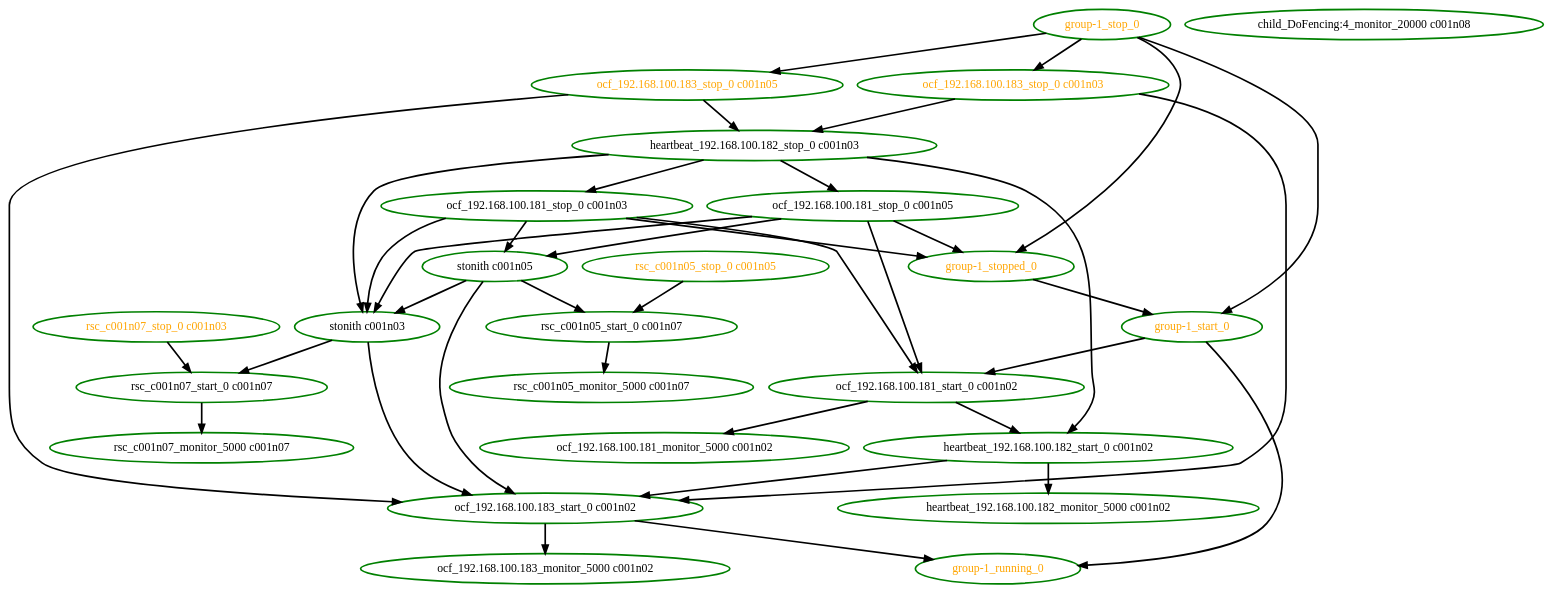
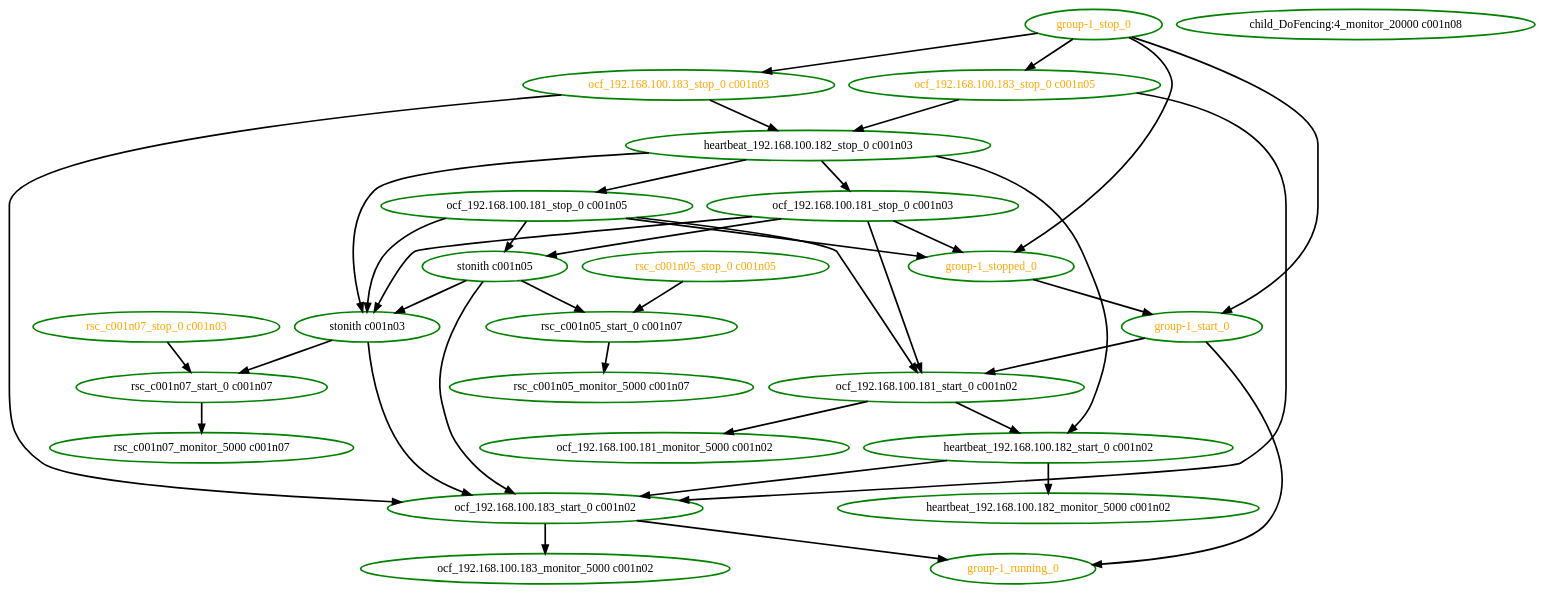
The diagram in crm/pengine/testcases/stonith-0.dot (richiewen8/heartbeat), drawn with Graphviz before and after one commit. The commit also changed other lines of this file and 46 other files, not shown here.

```diff
--- a/crm/pengine/testcases/stonith-0.dot
+++ b/crm/pengine/testcases/stonith-0.dot
@@ -1,65 +1,65 @@
 digraph "g" {
 	size = "30,30"
 "ocf_192.168.100.183_stop_0 c001n03" [ style=bold color="green" fontcolor="orange" ]
 "rsc_c001n07_stop_0 c001n03" [ style=bold color="green" fontcolor="orange" ]
 "ocf_192.168.100.183_stop_0 c001n05" [ style=bold color="green" fontcolor="orange" ]
 "rsc_c001n05_stop_0 c001n05" [ style=bold color="green" fontcolor="orange" ]
+"ocf_192.168.100.183_start_0 c001n02" [ style=bold color="green" fontcolor="black" ]
+"ocf_192.168.100.183_monitor_5000 c001n02" [ style=bold color="green" fontcolor="black" ]
+"heartbeat_192.168.100.182_stop_0 c001n03" [ style=bold color="green" fontcolor="black" ]
+"heartbeat_192.168.100.182_start_0 c001n02" [ style=bold color="green" fontcolor="black" ]
+"heartbeat_192.168.100.182_monitor_5000 c001n02" [ style=bold color="green" fontcolor="black" ]
 "ocf_192.168.100.181_stop_0 c001n03" [ style=bold color="green" fontcolor="black" ]
 "ocf_192.168.100.181_stop_0 c001n05" [ style=bold color="green" fontcolor="black" ]
 "ocf_192.168.100.181_start_0 c001n02" [ style=bold color="green" fontcolor="black" ]
 "ocf_192.168.100.181_monitor_5000 c001n02" [ style=bold color="green" fontcolor="black" ]
-"heartbeat_192.168.100.182_stop_0 c001n03" [ style=bold color="green" fontcolor="black" ]
-"heartbeat_192.168.100.182_start_0 c001n02" [ style=bold color="green" fontcolor="black" ]
-"heartbeat_192.168.100.182_monitor_5000 c001n02" [ style=bold color="green" fontcolor="black" ]
-"ocf_192.168.100.183_start_0 c001n02" [ style=bold color="green" fontcolor="black" ]
-"ocf_192.168.100.183_monitor_5000 c001n02" [ style=bold color="green" fontcolor="black" ]
 "group-1_start_0" [ style=bold color="green" fontcolor="orange" ]
 "group-1_running_0" [ style=bold color="green" fontcolor="orange" ]
 "group-1_stop_0" [ style=bold color="green" fontcolor="orange" ]
 "group-1_stopped_0" [ style=bold color="green" fontcolor="orange" ]
 "rsc_c001n05_start_0 c001n07" [ style=bold color="green" fontcolor="black" ]
 "rsc_c001n05_monitor_5000 c001n07" [ style=bold color="green" fontcolor="black" ]
 "rsc_c001n07_start_0 c001n07" [ style=bold color="green" fontcolor="black" ]
 "rsc_c001n07_monitor_5000 c001n07" [ style=bold color="green" fontcolor="black" ]
 "child_DoFencing:4_monitor_20000 c001n08" [ style=bold color="green" fontcolor="black" ]
 "stonith c001n03" [ style=bold color="green" fontcolor="black" ]
 "stonith c001n05" [ style=bold color="green" fontcolor="black" ]
 "group-1_stop_0" -> "ocf_192.168.100.183_stop_0 c001n03" [ style = bold]
 "group-1_stop_0" -> "ocf_192.168.100.183_stop_0 c001n05" [ style = bold]
+"ocf_192.168.100.183_stop_0 c001n03" -> "ocf_192.168.100.183_start_0 c001n02" [ style = bold]
+"ocf_192.168.100.183_stop_0 c001n05" -> "ocf_192.168.100.183_start_0 c001n02" [ style = bold]
+"heartbeat_192.168.100.182_start_0 c001n02" -> "ocf_192.168.100.183_start_0 c001n02" [ style = bold]
+"stonith c001n03" -> "ocf_192.168.100.183_start_0 c001n02" [ style = bold]
+"stonith c001n05" -> "ocf_192.168.100.183_start_0 c001n02" [ style = bold]
+"ocf_192.168.100.183_start_0 c001n02" -> "ocf_192.168.100.183_monitor_5000 c001n02" [ style = bold]
+"ocf_192.168.100.183_stop_0 c001n03" -> "heartbeat_192.168.100.182_stop_0 c001n03" [ style = bold]
+"ocf_192.168.100.183_stop_0 c001n05" -> "heartbeat_192.168.100.182_stop_0 c001n03" [ style = bold]
+"heartbeat_192.168.100.182_stop_0 c001n03" -> "heartbeat_192.168.100.182_start_0 c001n02" [ style = bold]
+"ocf_192.168.100.181_start_0 c001n02" -> "heartbeat_192.168.100.182_start_0 c001n02" [ style = bold]
+"heartbeat_192.168.100.182_start_0 c001n02" -> "heartbeat_192.168.100.182_monitor_5000 c001n02" [ style = bold]
 "heartbeat_192.168.100.182_stop_0 c001n03" -> "ocf_192.168.100.181_stop_0 c001n03" [ style = bold]
 "heartbeat_192.168.100.182_stop_0 c001n03" -> "ocf_192.168.100.181_stop_0 c001n05" [ style = bold]
 "ocf_192.168.100.181_stop_0 c001n03" -> "ocf_192.168.100.181_start_0 c001n02" [ style = bold]
 "ocf_192.168.100.181_stop_0 c001n05" -> "ocf_192.168.100.181_start_0 c001n02" [ style = bold]
 "group-1_start_0" -> "ocf_192.168.100.181_start_0 c001n02" [ style = bold]
 "ocf_192.168.100.181_start_0 c001n02" -> "ocf_192.168.100.181_monitor_5000 c001n02" [ style = bold]
-"ocf_192.168.100.183_stop_0 c001n03" -> "heartbeat_192.168.100.182_stop_0 c001n03" [ style = bold]
-"ocf_192.168.100.183_stop_0 c001n05" -> "heartbeat_192.168.100.182_stop_0 c001n03" [ style = bold]
-"ocf_192.168.100.181_start_0 c001n02" -> "heartbeat_192.168.100.182_start_0 c001n02" [ style = bold]
-"heartbeat_192.168.100.182_stop_0 c001n03" -> "heartbeat_192.168.100.182_start_0 c001n02" [ style = bold]
-"heartbeat_192.168.100.182_start_0 c001n02" -> "heartbeat_192.168.100.182_monitor_5000 c001n02" [ style = bold]
-"ocf_192.168.100.183_stop_0 c001n03" -> "ocf_192.168.100.183_start_0 c001n02" [ style = bold]
-"ocf_192.168.100.183_stop_0 c001n05" -> "ocf_192.168.100.183_start_0 c001n02" [ style = bold]
-"heartbeat_192.168.100.182_start_0 c001n02" -> "ocf_192.168.100.183_start_0 c001n02" [ style = bold]
-"stonith c001n03" -> "ocf_192.168.100.183_start_0 c001n02" [ style = bold]
-"stonith c001n05" -> "ocf_192.168.100.183_start_0 c001n02" [ style = bold]
-"ocf_192.168.100.183_start_0 c001n02" -> "ocf_192.168.100.183_monitor_5000 c001n02" [ style = bold]
 "group-1_stop_0" -> "group-1_start_0" [ style = bold]
 "group-1_stopped_0" -> "group-1_start_0" [ style = bold]
 "ocf_192.168.100.183_start_0 c001n02" -> "group-1_running_0" [ style = bold]
 "group-1_start_0" -> "group-1_running_0" [ style = bold]
 "ocf_192.168.100.181_stop_0 c001n03" -> "group-1_stopped_0" [ style = bold]
 "ocf_192.168.100.181_stop_0 c001n05" -> "group-1_stopped_0" [ style = bold]
 "group-1_stop_0" -> "group-1_stopped_0" [ style = bold]
 "rsc_c001n05_stop_0 c001n05" -> "rsc_c001n05_start_0 c001n07" [ style = bold]
 "stonith c001n05" -> "rsc_c001n05_start_0 c001n07" [ style = bold]
 "rsc_c001n05_start_0 c001n07" -> "rsc_c001n05_monitor_5000 c001n07" [ style = bold]
 "rsc_c001n07_stop_0 c001n03" -> "rsc_c001n07_start_0 c001n07" [ style = bold]
 "stonith c001n03" -> "rsc_c001n07_start_0 c001n07" [ style = bold]
 "rsc_c001n07_start_0 c001n07" -> "rsc_c001n07_monitor_5000 c001n07" [ style = bold]
+"heartbeat_192.168.100.182_stop_0 c001n03" -> "stonith c001n03" [ style = bold]
 "ocf_192.168.100.181_stop_0 c001n03" -> "stonith c001n03" [ style = bold]
 "ocf_192.168.100.181_stop_0 c001n05" -> "stonith c001n03" [ style = bold]
-"heartbeat_192.168.100.182_stop_0 c001n03" -> "stonith c001n03" [ style = bold]
 "stonith c001n05" -> "stonith c001n03" [ style = bold]
 "ocf_192.168.100.181_stop_0 c001n03" -> "stonith c001n05" [ style = bold]
 "ocf_192.168.100.181_stop_0 c001n05" -> "stonith c001n05" [ style = bold]
 }
```
